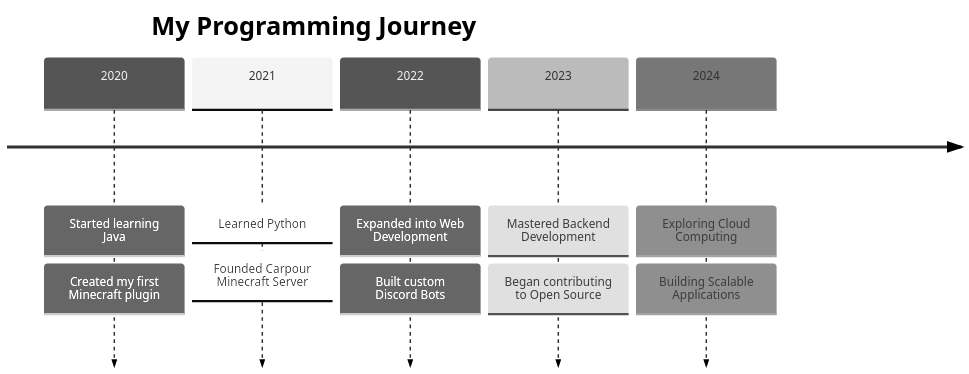
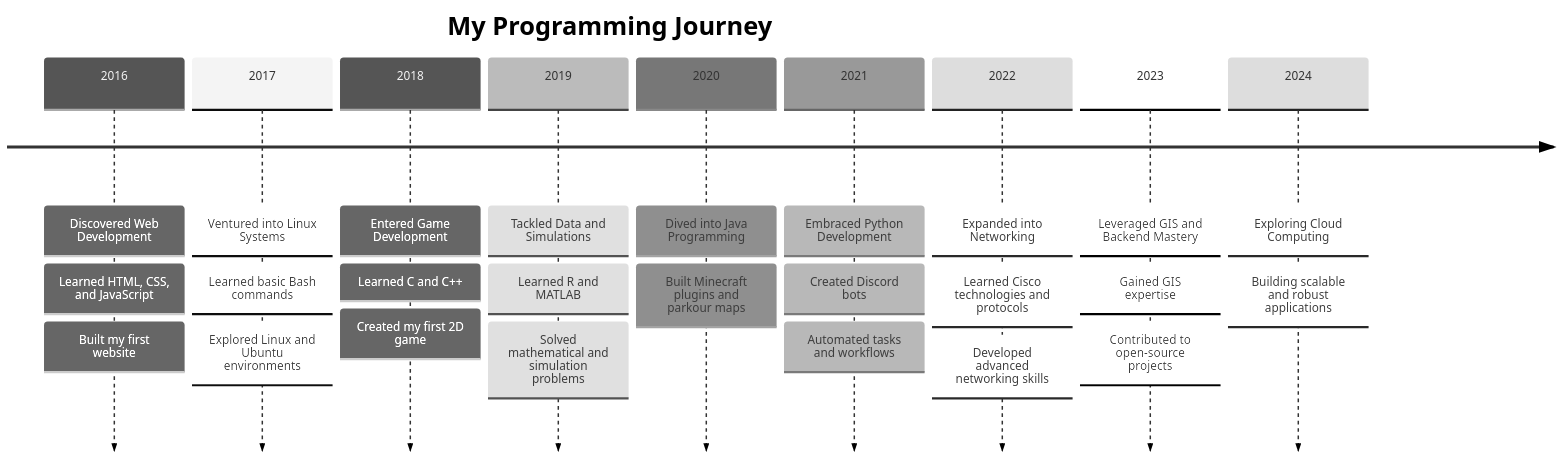
One commit to ExceptedPrism3/ExceptedPrism3 changed the diagram in README.md. Above: the diagram before and after it, drawn with Mermaid (neutral theme). The commit also changed other lines of this file, not shown here.

````diff
--- a/README.md
+++ b/README.md
@@ -112,14 +112,29 @@
 ```mermaid
 timeline
     title My Programming Journey
-    2020 : Started learning Java
-         : Created my first Minecraft plugin
-    2021 : Learned Python
-         : Founded Carpour Minecraft Server
-    2022 : Expanded into Web Development
-         : Built custom Discord Bots
-    2023 : Mastered Backend Development
-         : Began contributing to Open Source
+    2016 : Discovered Web Development
+         : Learned HTML, CSS, and JavaScript
+         : Built my first website
+    2017 : Ventured into Linux Systems
+         : Learned basic Bash commands
+         : Explored Linux and Ubuntu environments
+    2018 : Entered Game Development
+         : Learned C and C++
+         : Created my first 2D game
+    2019 : Tackled Data and Simulations
+         : Learned R and MATLAB
+         : Solved mathematical and simulation problems
+    2020 : Dived into Java Programming
+         : Built Minecraft plugins and parkour maps
+    2021 : Embraced Python Development
+         : Created Discord bots
+         : Automated tasks and workflows
+    2022 : Expanded into Networking
+         : Learned Cisco technologies and protocols
+         : Developed advanced networking skills
+    2023 : Leveraged GIS and Backend Mastery
+         : Gained GIS expertise
+         : Contributed to open-source projects
     2024 : Exploring Cloud Computing
-         : Building Scalable Applications
+         : Building scalable and robust applications
 ```
````
